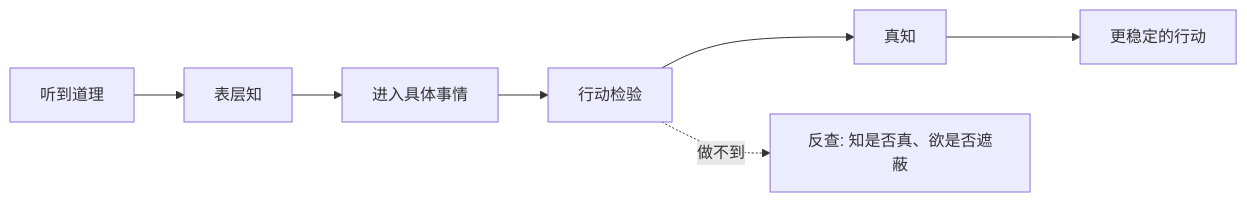
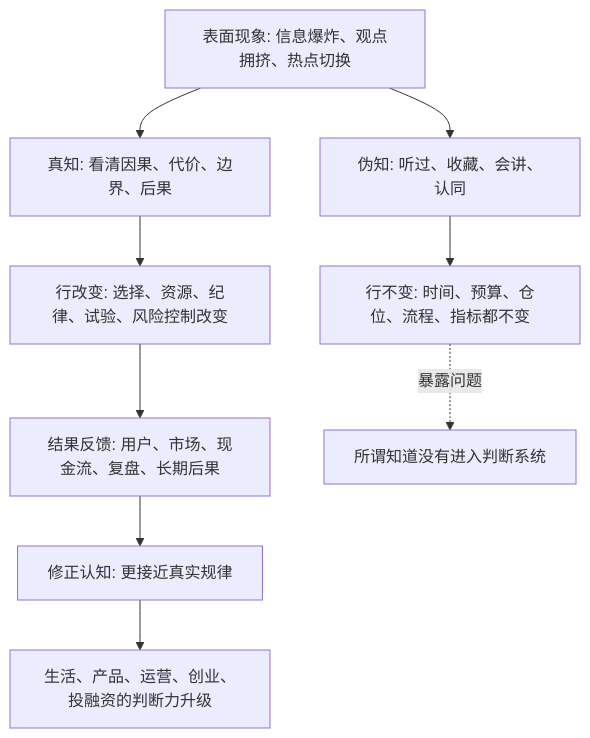
The diagram in 202605/20260518_79.md (digoal/blog), drawn with Mermaid before and after one commit. The commit also changed other lines of this file and 51 other files, not shown here.

````diff
--- a/202605/20260518_79.md
+++ b/202605/20260518_79.md
@@ -22,9 +22,11 @@
 ```mermaid
-flowchart LR
-  A["听到道理"] --> B["表层知"]
-  B --> C["进入具体事情"]
-  C --> D["行动检验"]
-  D --> E["真知"]
-  E --> F["更稳定的行动"]
-  D -. "做不到" .-> G["反查: 知是否真、欲是否遮蔽"]
+flowchart TD
+  A["表面现象: 信息爆炸、观点拥挤、热点切换"] --> B["伪知: 听过、收藏、会讲、认同"]
+  A --> C["真知: 看清因果、代价、边界、后果"]
+  B --> D["行不变: 时间、预算、仓位、流程、指标都不变"]
+  C --> E["行改变: 选择、资源、纪律、试验、风险控制改变"]
+  E --> F["结果反馈: 用户、市场、现金流、复盘、长期后果"]
+  F --> G["修正认知: 更接近真实规律"]
+  D -. "暴露问题" .-> H["所谓知道没有进入判断系统"]
+  G --> I["生活、产品、运营、创业、投融资的判断力升级"]
 ```
````
